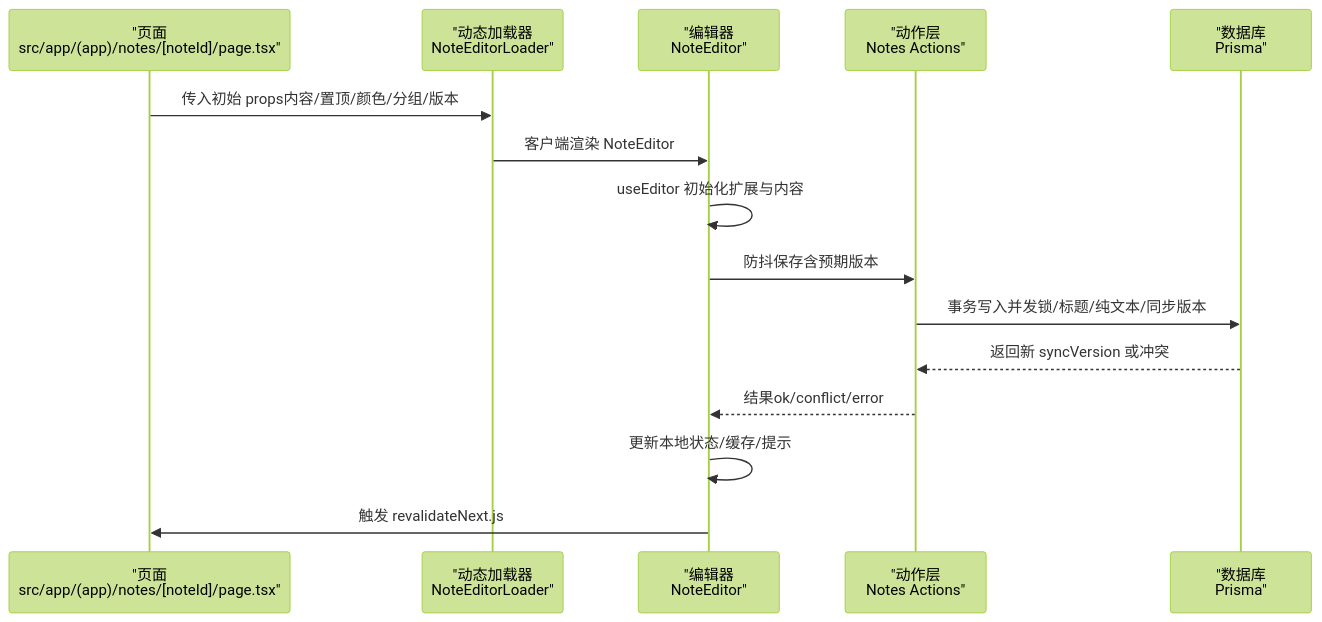
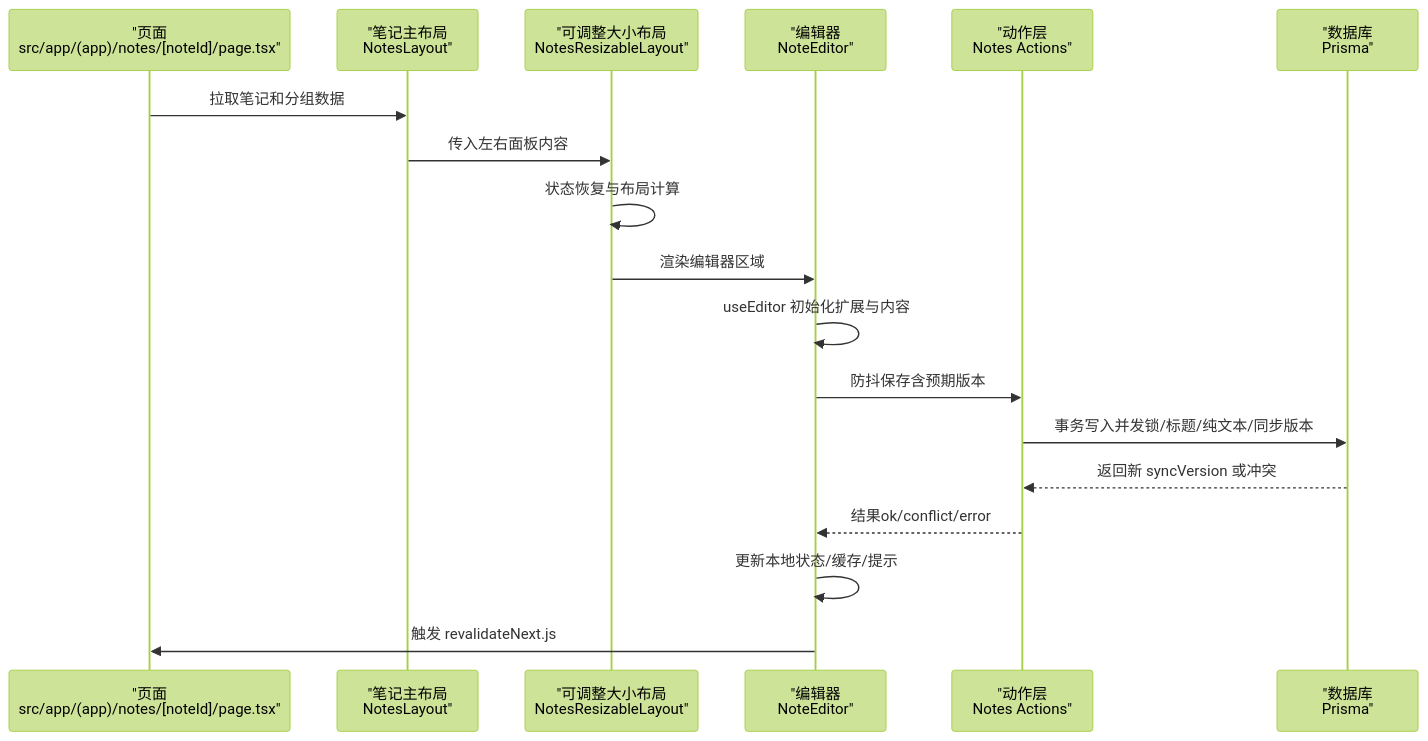
One commit to qiuziGirl/smart-todo changed the third of 5 diagrams in .qoder/repowiki/zh/content/架构设计/组件架构设计.md. Above: the diagram before and after it, drawn with Mermaid (forest theme). The commit also changed other lines of this file and 8 other files, not shown here.

````diff
--- a/.qoder/repowiki/zh/content/架构设计/组件架构设计.md
+++ b/.qoder/repowiki/zh/content/架构设计/组件架构设计.md
@@ -116,17 +201,20 @@
 ```mermaid
 sequenceDiagram
 participant Page as "页面<br/>src/app/(app)/notes/[noteId]/page.tsx"
-participant Loader as "动态加载器<br/>NoteEditorLoader"
+participant Layout as "笔记主布局<br/>NotesLayout"
+participant Resizable as "可调整大小布局<br/>NotesResizableLayout"
 participant Editor as "编辑器<br/>NoteEditor"
 participant Actions as "动作层<br/>Notes Actions"
 participant DB as "数据库<br/>Prisma"
-Page->>Loader : 传入初始 props内容/置顶/颜色/分组/版本
-Loader->>Editor : 客户端渲染 NoteEditor
+Page->>Layout : 拉取笔记和分组数据
+Layout->>Resizable : 传入左右面板内容
+Resizable->>Resizable : 状态恢复与布局计算
+Resizable->>Editor : 渲染编辑器区域
 Editor->>Editor : useEditor 初始化扩展与内容
 Editor->>Actions : 防抖保存含预期版本
 Actions->>DB : 事务写入并发锁/标题/纯文本/同步版本
 DB-->>Actions : 返回新 syncVersion 或冲突
 Actions-->>Editor : 结果ok/conflict/error
 Editor->>Editor : 更新本地状态/缓存/提示
 Editor->>Page : 触发 revalidateNext.js
 ```
````
